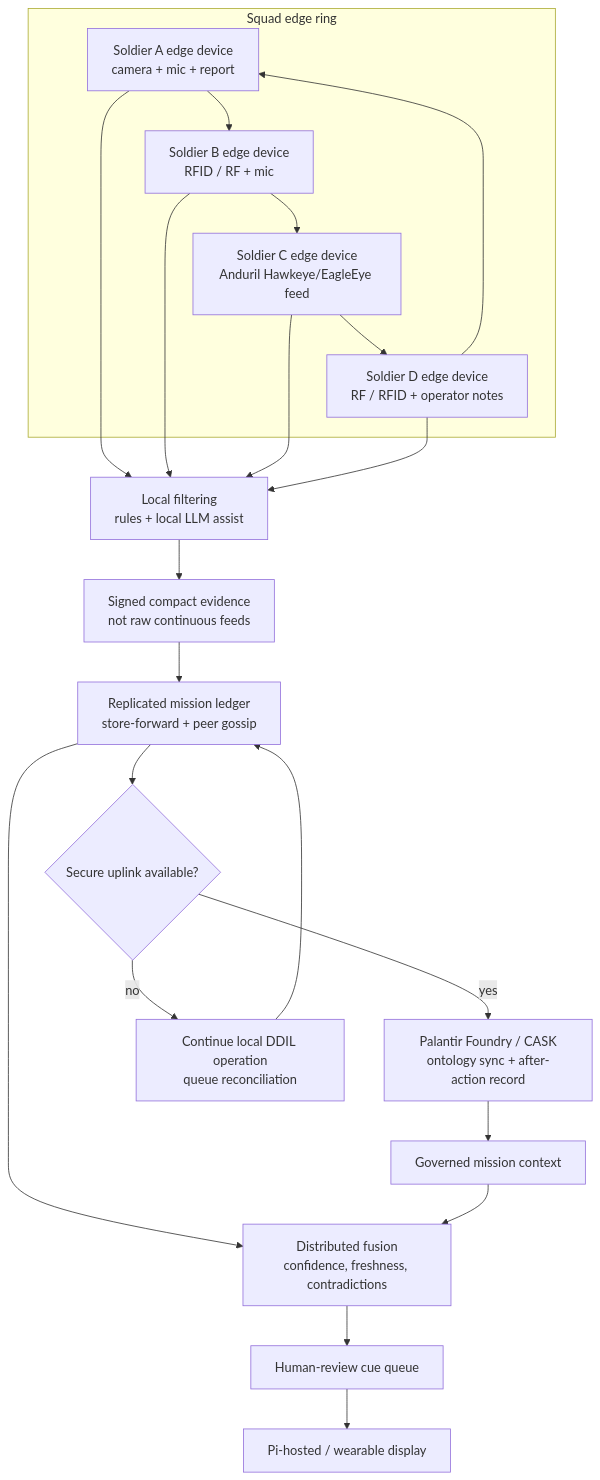
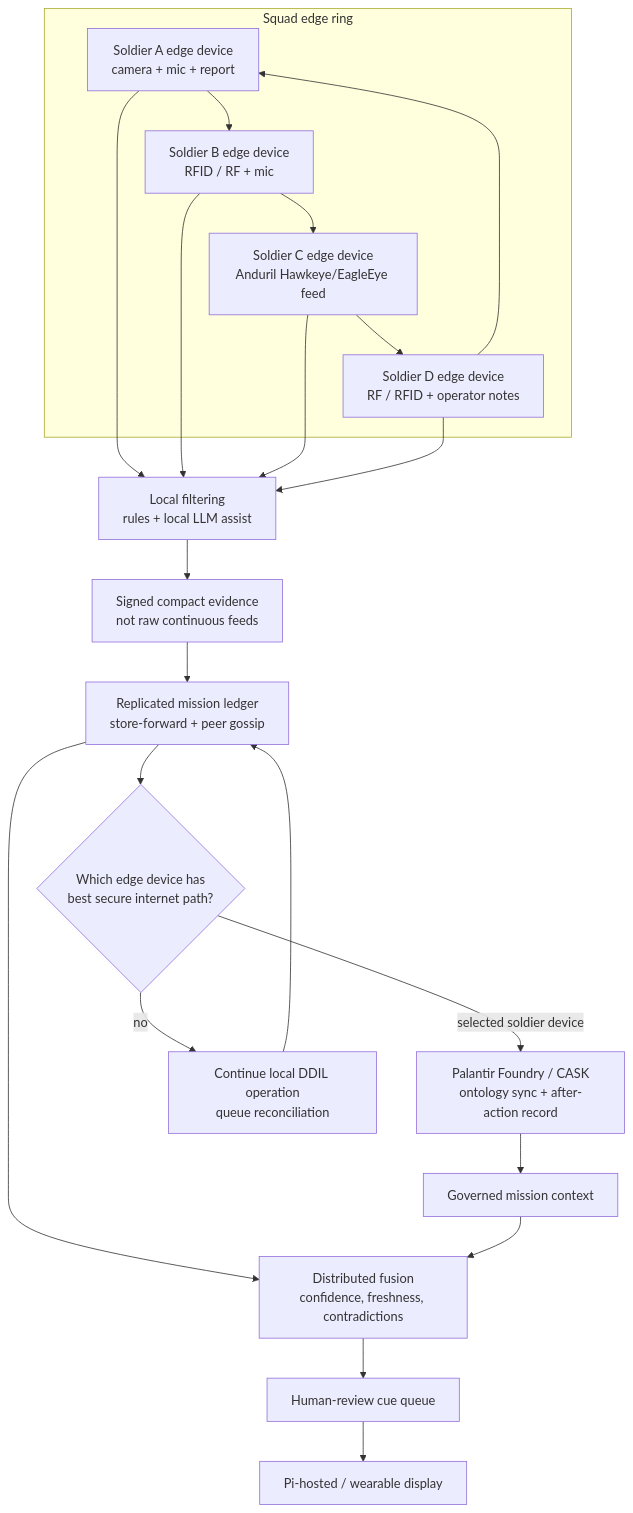
The diagram in docs/product-flow-chart.md (digitalnomd/altiair), drawn with Mermaid before and after one commit. The commit also changed other lines of this file and 1 other file, not shown here.

Commit message:
Wrap Darkmesh flow chart legend text

````diff
--- a/docs/product-flow-chart.md
+++ b/docs/product-flow-chart.md
@@ -9,28 +9,28 @@
 ```mermaid
 flowchart TD
   subgraph Squad["Squad edge ring"]
     A["Soldier A edge device\ncamera + mic + report"]
     B["Soldier B edge device\nRFID / RF + mic"]
     C["Soldier C edge device\nAnduril Hawkeye/EagleEye feed"]
     D["Soldier D edge device\nRF / RFID + operator notes"]
     A --> B --> C --> D --> A
   end
 
   A --> Filter["Local filtering\nrules + local LLM assist"]
   B --> Filter
   C --> Filter
   D --> Filter
 
   Filter --> Evidence["Signed compact evidence\nnot raw continuous feeds"]
   Evidence --> Ledger["Replicated mission ledger\nstore-forward + peer gossip"]
   Ledger --> Fusion["Distributed fusion\nconfidence, freshness, contradictions"]
   Fusion --> Queue["Human-review cue queue"]
   Queue --> Display["Pi-hosted / wearable display"]
 
-  Ledger --> Gateway{"Secure uplink available?"}
-  Gateway -- "yes" --> Foundry["Palantir Foundry / CASK\nontology sync + after-action record"]
+  Ledger --> Gateway{"Which edge device has\nbest secure internet path?"}
+  Gateway -- "selected soldier device" --> Foundry["Palantir Foundry / CASK\nontology sync + after-action record"]
   Gateway -- "no" --> Local["Continue local DDIL operation\nqueue reconciliation"]
   Local --> Ledger
   Foundry --> Context["Governed mission context"]
   Context --> Fusion
 ```
````
